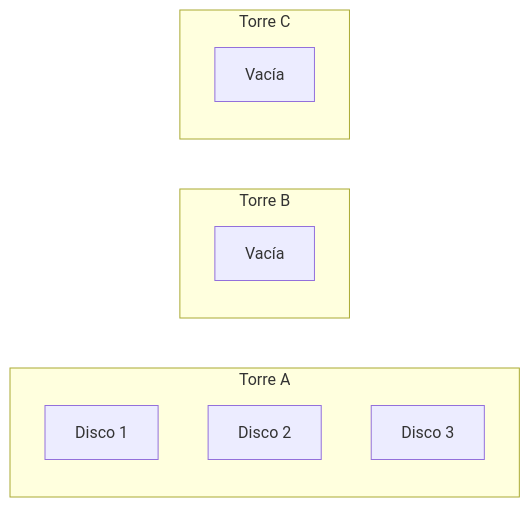
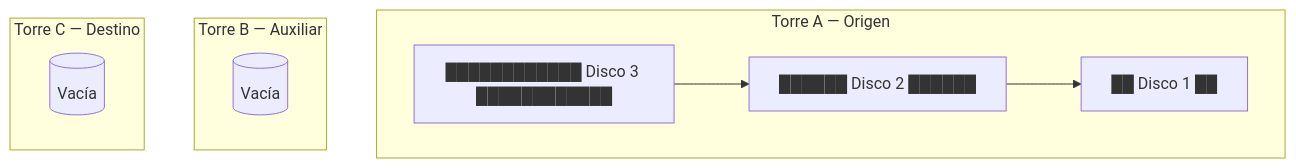
One commit to MiniLux0/LearningCpp changed the second of 3 diagrams in 05_RecursionAlgorithms/theory/L32_RecursiveProblems.md. Above: the diagram before and after it, drawn with Mermaid. The commit also changed other lines of this file and 97 other files, not shown here.

````diff
--- a/05_RecursionAlgorithms/theory/L32_RecursiveProblems.md
+++ b/05_RecursionAlgorithms/theory/L32_RecursiveProblems.md
@@ -157,14 +170,16 @@
 ```mermaid
-graph LR
-    subgraph Origen [Torre A]
-        D1[Disco 1]
-        D2[Disco 2]
-        D3[Disco 3]
+graph TB
+    subgraph TorreA [Torre A — Origen]
+        D3A[████████████ Disco 3 ████████████]
+        D2A[██████ Disco 2 ██████]
+        D1A[██ Disco 1 ██]
     end
-    subgraph Auxiliar [Torre B]
-        Empty1[Vacía]
+    subgraph TorreB [Torre B — Auxiliar]
+        EmptyB[(Vacía)]
     end
-    subgraph Destino [Torre C]
-        Empty2[Vacía]
+    subgraph TorreC [Torre C — Destino]
+        EmptyC[(Vacía)]
     end
+
+    D3A --> D2A --> D1A
 ```
````
